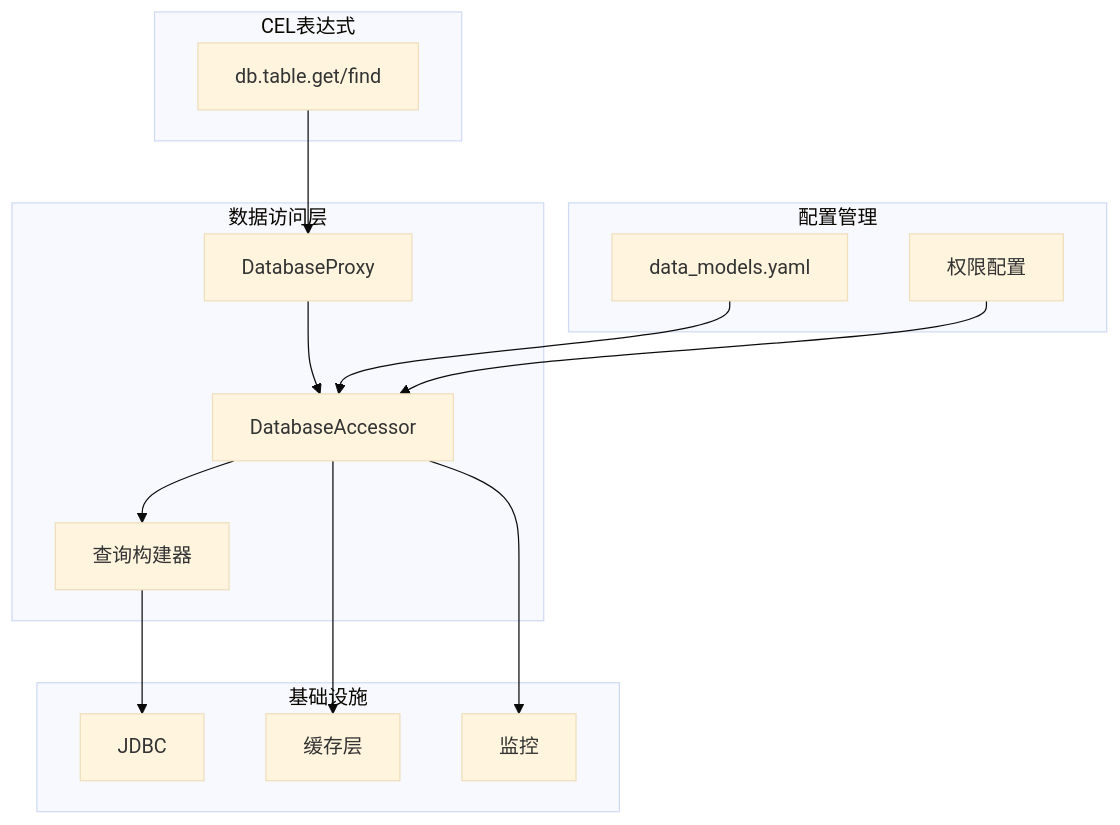
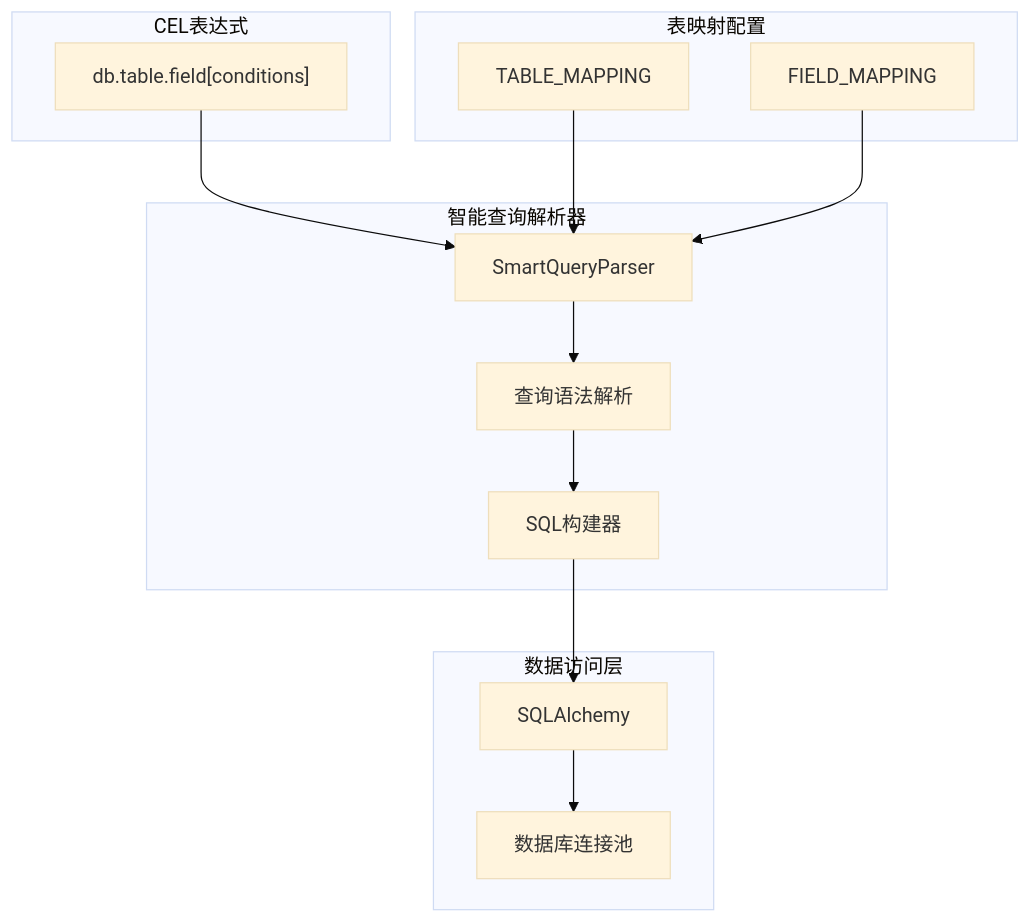
One commit to qinqiang2000/ng_demo changed diagram 11 of 12 in next-gen-invoice-architecture.md. Above: the diagram before and after it, drawn with Mermaid (base theme). The commit also changed other lines of this file and 1 other file, not shown here.

````diff
--- a/next-gen-invoice-architecture.md
+++ b/next-gen-invoice-architecture.md
@@ -1167,32 +1121,30 @@
 ```mermaid
 graph TB
     subgraph "CEL表达式"
-        A[db.table.get/find]
+        A["db.table.field[conditions]"]
+    end
+    
+    subgraph "智能查询解析器"
+        B[SmartQueryParser]
+        C[查询语法解析]
+        D[SQL构建器]
     end
     
     subgraph "数据访问层"
-        B[DatabaseProxy]
-        C[DatabaseAccessor]
-        D[查询构建器]
+        E[SQLAlchemy]
+        F[数据库连接池]
     end
     
-    subgraph "基础设施"
-        E[JDBC]
-        F[缓存层]
-        G[监控]
-    end
-    
-    subgraph "配置管理"
-        H[data_models.yaml]
-        I[权限配置]
+    subgraph "表映射配置"
+        G[TABLE_MAPPING]
+        H[FIELD_MAPPING]
     end
     
     A --> B
     B --> C
     C --> D
     D --> E
-    C --> F
-    C --> G
-    H --> C
-    I --> C
+    E --> F
+    G --> B
+    H --> B
 ```
````
